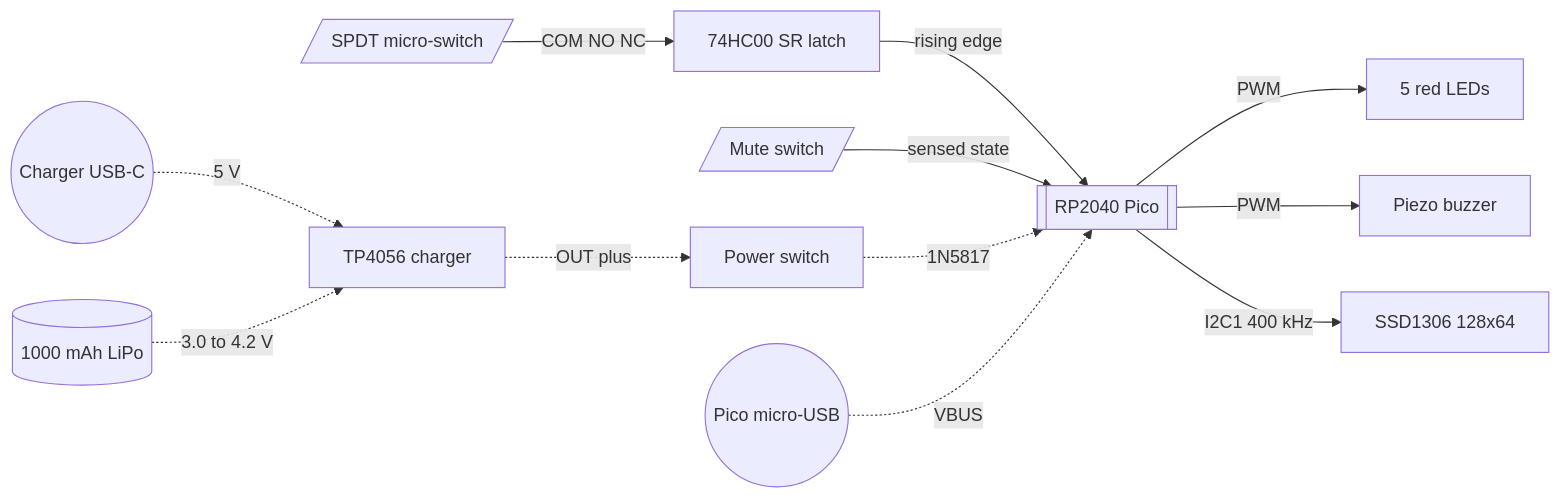
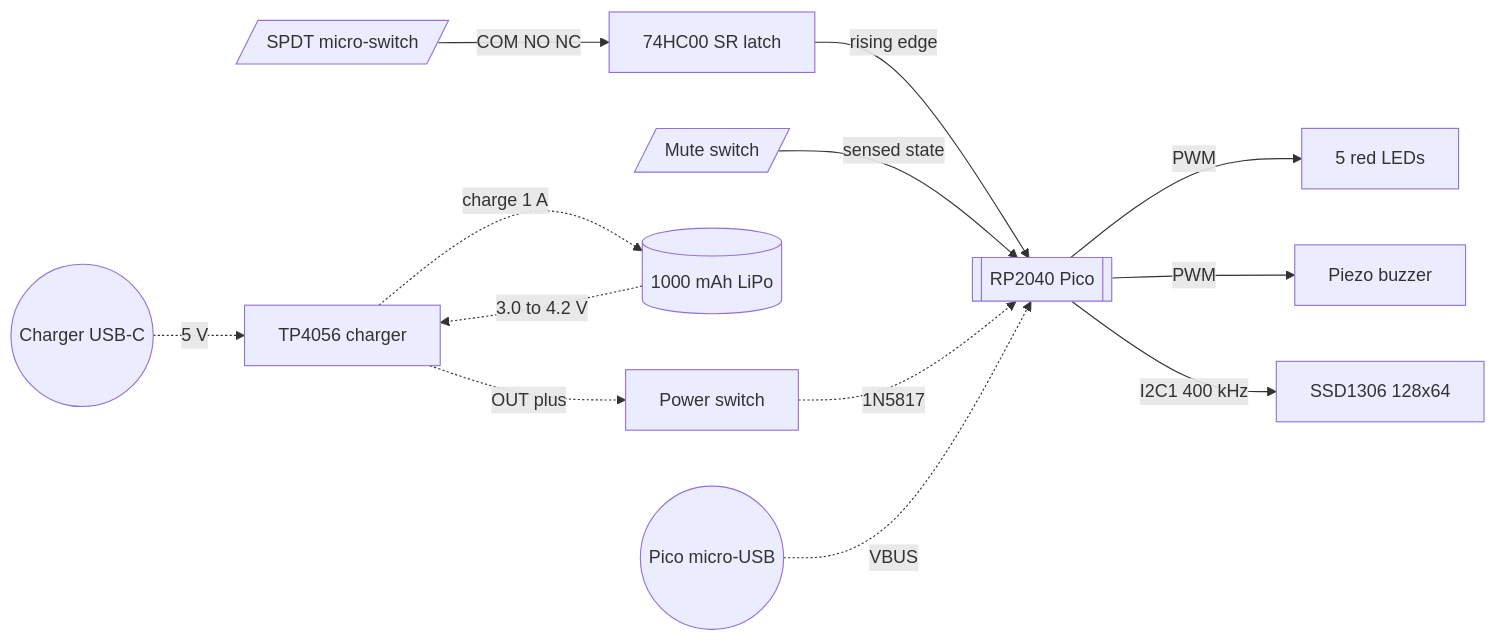
One commit to YuriTiutvin/reaction-time-game changed the diagram in README.md. Above: the diagram before and after it, drawn with Mermaid.

Commit message:
Add Mermaid pathway from charger to battery

````diff
--- a/README.md
+++ b/README.md
@@ -51,14 +51,15 @@
 ```mermaid
 flowchart LR
     BTN[/SPDT micro-switch/] -->|COM NO NC| LATCH[74HC00 SR latch]
     LATCH -->|rising edge| MCU[[RP2040 Pico]]
     MUTE[/Mute switch/] -->|sensed state| MCU
     MCU -->|PWM| LEDS[5 red LEDs]
     MCU -->|PWM| PIEZO[Piezo buzzer]
     MCU -->|I2C1 400 kHz| OLED[SSD1306 128x64]
     USBC((Charger USB-C)) -.->|5 V| TP[TP4056 charger]
     BATT[(1000 mAh LiPo)] -.->|3.0 to 4.2 V| TP
+    TP -.->|charge 1 A| BATT
     TP -.->|OUT plus| SW[Power switch]
     SW -.->|1N5817| MCU
     USBP((Pico micro-USB)) -.->|VBUS| MCU
 ```
````
